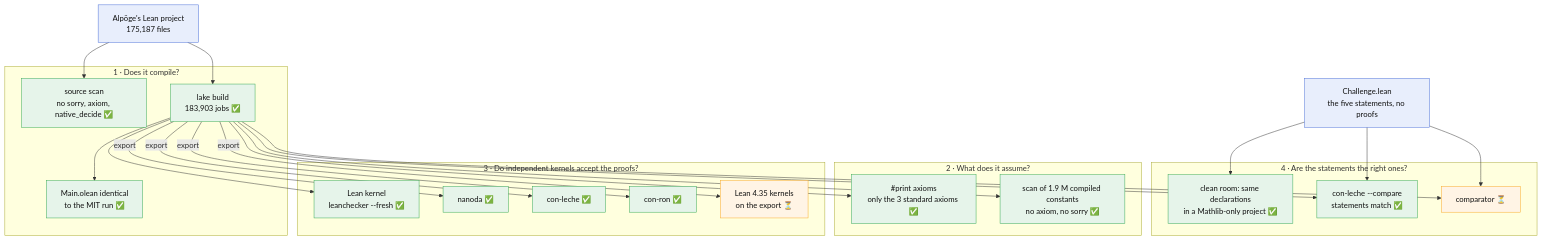
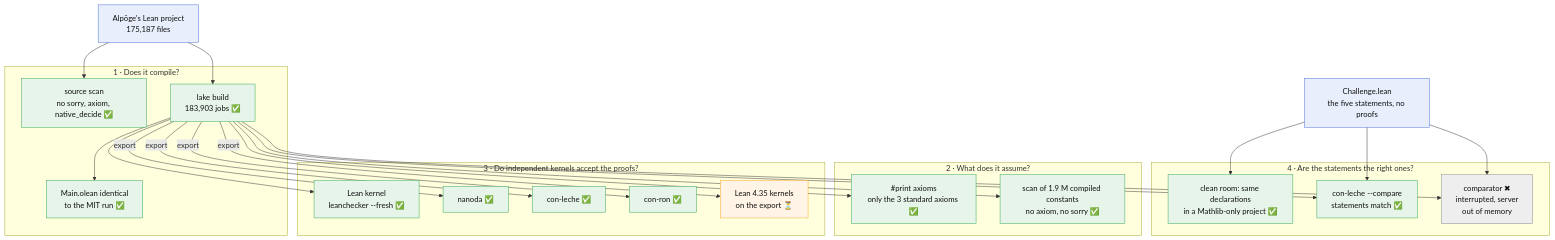
One commit to Hertaspace/alpoge-rh-lean-verification changed the diagram in README.md. Above: the diagram before and after it, drawn with Mermaid. The commit also changed other lines of this file and 1 other file, not shown here.

Commit message:
comparator interrupted by an out-of-memory kill; update MIT status

````diff
--- a/README.md
+++ b/README.md
@@ -12,50 +12,52 @@
 ```mermaid
 flowchart TB
   SRC["Alpöge's Lean project<br/>175,187 files"]
   CH["Challenge.lean<br/>the five statements, no proofs"]
 
   subgraph Q1["1 · Does it compile?"]
     SCAN["source scan<br/>no sorry, axiom, native_decide ✅"]
     BUILD["lake build<br/>183,903 jobs ✅"]
     MIT["Main.olean identical<br/>to the MIT run ✅"]
   end
 
   subgraph Q2["2 · What does it assume?"]
     AX["#35;print axioms<br/>only the 3 standard axioms ✅"]
     ENV["scan of 1.9 M compiled constants<br/>no axiom, no sorry ✅"]
   end
 
   subgraph Q3["3 · Do independent kernels accept the proofs?"]
     LC["Lean kernel<br/>leanchecker --fresh ✅"]
     NAN["nanoda ✅"]
     CL["con-leche ✅"]
     CR["con-ron ✅"]
     LK["Lean 4.35 kernels<br/>on the export ⏳"]
   end
 
   subgraph Q4["4 · Are the statements the right ones?"]
     CLEAN["clean room: same declarations<br/>in a Mathlib-only project ✅"]
     CMP["con-leche --compare<br/>statements match ✅"]
-    COMP["comparator ⏳"]
+    COMP["comparator ✖<br/>interrupted, server<br/>out of memory"]
   end
 
   SRC --> SCAN
   SRC --> BUILD
   BUILD --> MIT
   BUILD --> AX
   BUILD --> ENV
   BUILD --> LC
   BUILD -->|export| NAN & CL & CR & LK
   CH --> CLEAN
   CH --> CMP
   CH --> COMP
   BUILD --> CMP
   BUILD --> COMP
 
   classDef pass fill:#e6f4ea,stroke:#34a853,color:#111
   classDef run fill:#fff4e5,stroke:#f9a825,color:#111
+  classDef stop fill:#eeeeee,stroke:#888888,color:#111
   classDef input fill:#e8eefc,stroke:#4a6fd8,color:#111
   class SCAN,BUILD,MIT,AX,ENV,LC,NAN,CL,CR,CLEAN,CMP pass
-  class LK,COMP run
+  class LK run
+  class COMP stop
   class SRC,CH input
 ```
````
